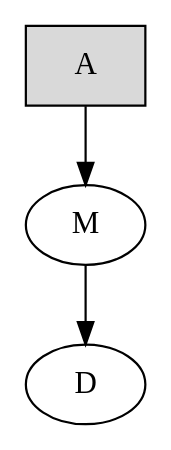
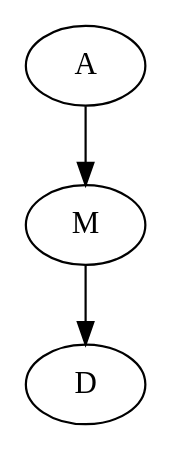
One commit to StatisticalRethinkingJulia/StructuralCausalModels.jl changed the diagram in examples/SR/waffledivorce/AMD_2.dot. Above: the diagram before and after it, drawn with Graphviz. The commit also changed 19 other files, not shown here.

```diff
--- a/examples/SR/waffledivorce/AMD_2.dot
+++ b/examples/SR/waffledivorce/AMD_2.dot
@@ -1,5 +1,4 @@
-digraph Waffle_Model {
-  "A" [shape="box", fillcolor="gray85", style="filled"];
-    "A" -> "M";
-    "M" -> "D";
+digraph waffles {
+  A -> M;
+  M -> D;
 }
```
